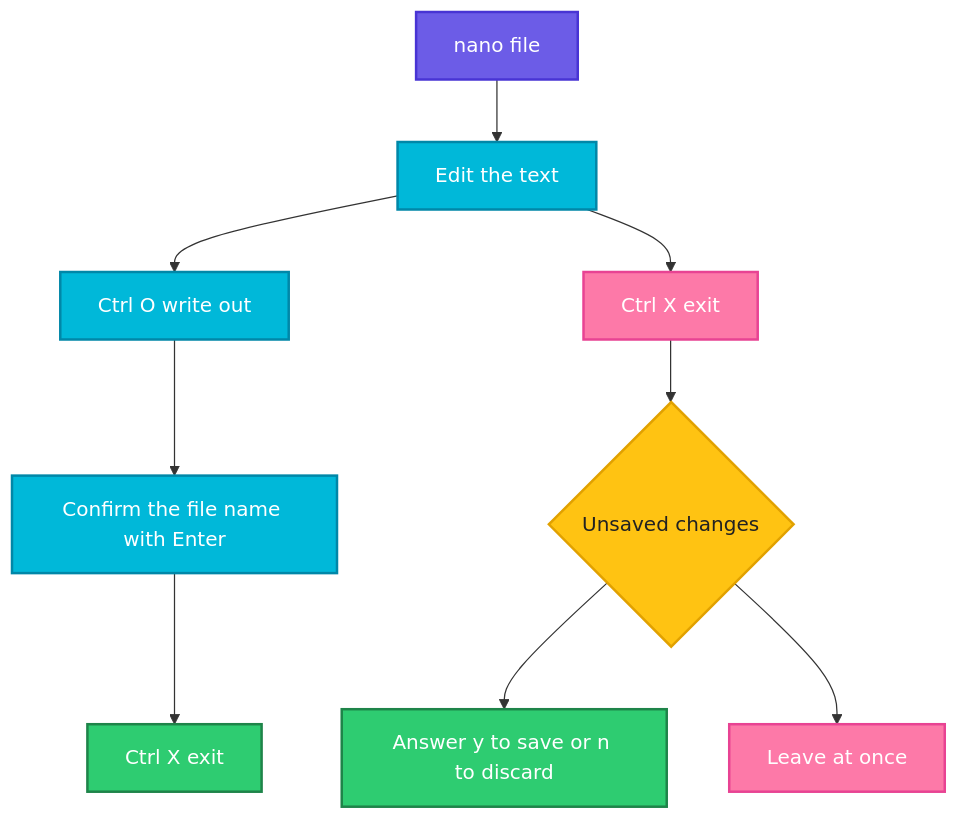
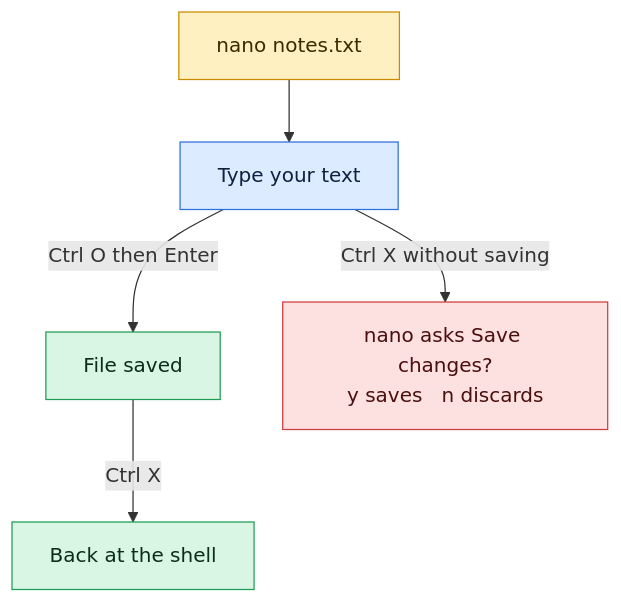
One commit to codeKerdosTech/DevOps-Documentation changed the diagram in linux/editors/nano.md. Above: the diagram before and after it, drawn with Mermaid. The commit also changed other lines of this file and 165 other files, not shown here.

Commit message:
updated diagrams in linux

````diff
--- a/linux/editors/nano.md
+++ b/linux/editors/nano.md
@@ -17,21 +17,16 @@
 ```mermaid
 flowchart TD
-    A[nano file] --> B[Edit the text]
-    B --> C[Ctrl O write out]
-    C --> D[Confirm the file name with Enter]
-    D --> E[Ctrl X exit]
-    B --> F[Ctrl X exit]
-    F --> G{Unsaved changes}
-    G --> H[Answer y to save or n to discard]
-    G --> I[Leave at once]
-    classDef start fill:#6C5CE7,stroke:#4834D4,stroke-width:2px,color:#fff
-    classDef proc fill:#00B8D9,stroke:#0087A8,stroke-width:2px,color:#fff
-    classDef dec fill:#FFC312,stroke:#E1A100,stroke-width:2px,color:#222
-    classDef ok fill:#2ECC71,stroke:#1E8449,stroke-width:2px,color:#fff
-    classDef out fill:#FD79A8,stroke:#E84393,stroke-width:2px,color:#fff
-    class A start
-    class B,C,D proc
-    class G dec
-    class E,H ok
-    class F,I out
+    c1[nano notes.txt] --> i1[Type your text]
+    i1 -->|Ctrl O then Enter| o1[File saved]
+    o1 -->|Ctrl X| o2[Back at the shell]
+    i1 -->|Ctrl X without saving| x1[nano asks Save changes?<br/>y saves   n discards]
+    classDef inp fill:#DCEBFF,stroke:#2F6FDE,color:#10213F
+    classDef cmd fill:#FFF0C2,stroke:#C98A00,color:#3A2A00
+    classDef out fill:#D9F5E3,stroke:#1F9D55,color:#0B2E1A
+    classDef bad fill:#FDE0E0,stroke:#D13B3B,color:#4A0F0F
+    classDef note fill:#ECEFF3,stroke:#7B8794,color:#1F2933
+    class c1 cmd
+    class i1 inp
+    class o1,o2 out
+    class x1 bad
 ```
````
